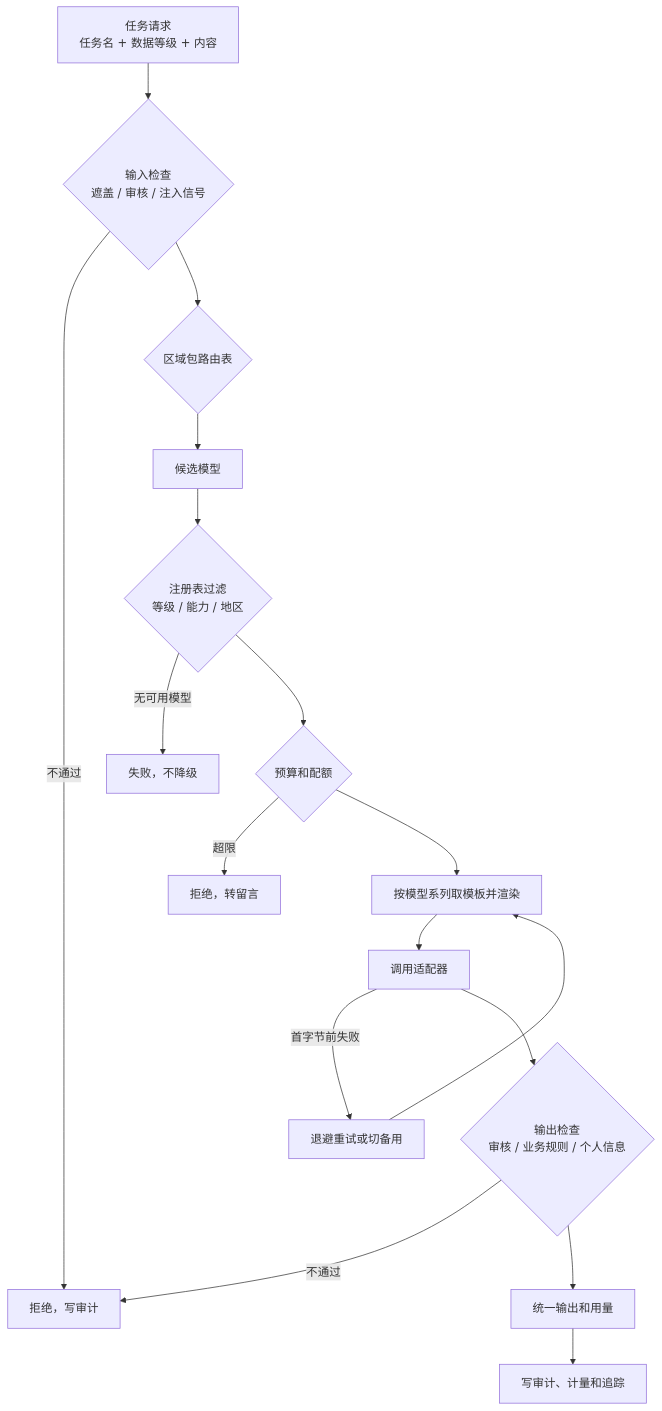
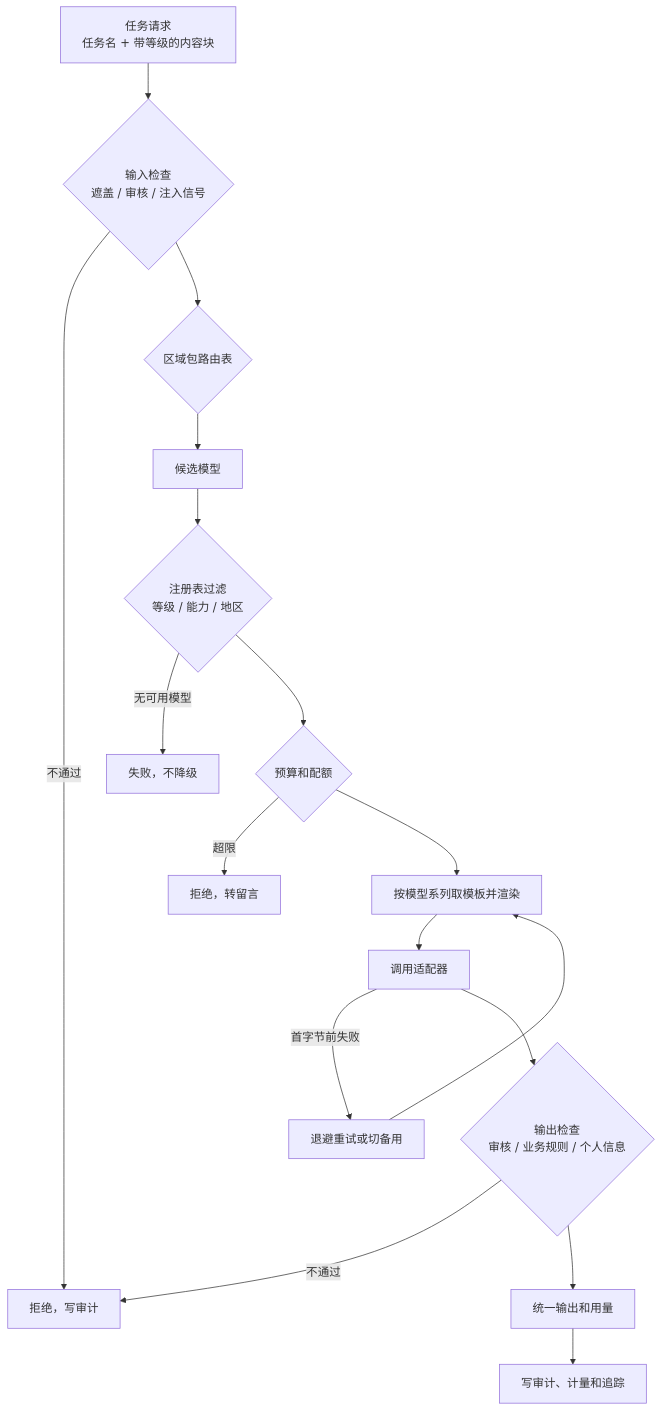
One commit to brix-kit-dev/intergent changed the sixth of 9 diagrams in docs/ai-engine-architecture-blueprint.md. Above: the diagram before and after it, drawn with Mermaid. The commit also changed other lines of this file, not shown here.

````diff
--- a/docs/ai-engine-architecture-blueprint.md
+++ b/docs/ai-engine-architecture-blueprint.md
@@ -653,19 +667,19 @@
 ```mermaid
 flowchart TD
-    A["任务请求<br/>任务名 + 数据等级 + 内容"] --> K{"输入检查<br/>遮盖 / 审核 / 注入信号"}
+    A["任务请求<br/>任务名 + 带等级的内容块"] --> K{"输入检查<br/>遮盖 / 审核 / 注入信号"}
     K -->|"不通过"| W["拒绝，写审计"]
     K --> B{"区域包路由表"}
     B --> C["候选模型"]
     C --> D{"注册表过滤<br/>等级 / 能力 / 地区"}
     D -->|"无可用模型"| X["失败，不降级"]
     D --> E{"预算和配额"}
     E -->|"超限"| Y["拒绝，转留言"]
     E --> F["按模型系列取模板并渲染"]
     F --> G["调用适配器"]
     G -->|"首字节前失败"| H["退避重试或切备用"]
     H --> F
     G --> L{"输出检查<br/>审核 / 业务规则 / 个人信息"}
     L -->|"不通过"| W
     L --> I["统一输出和用量"]
     I --> J["写审计、计量和追踪"]
 ```
````
